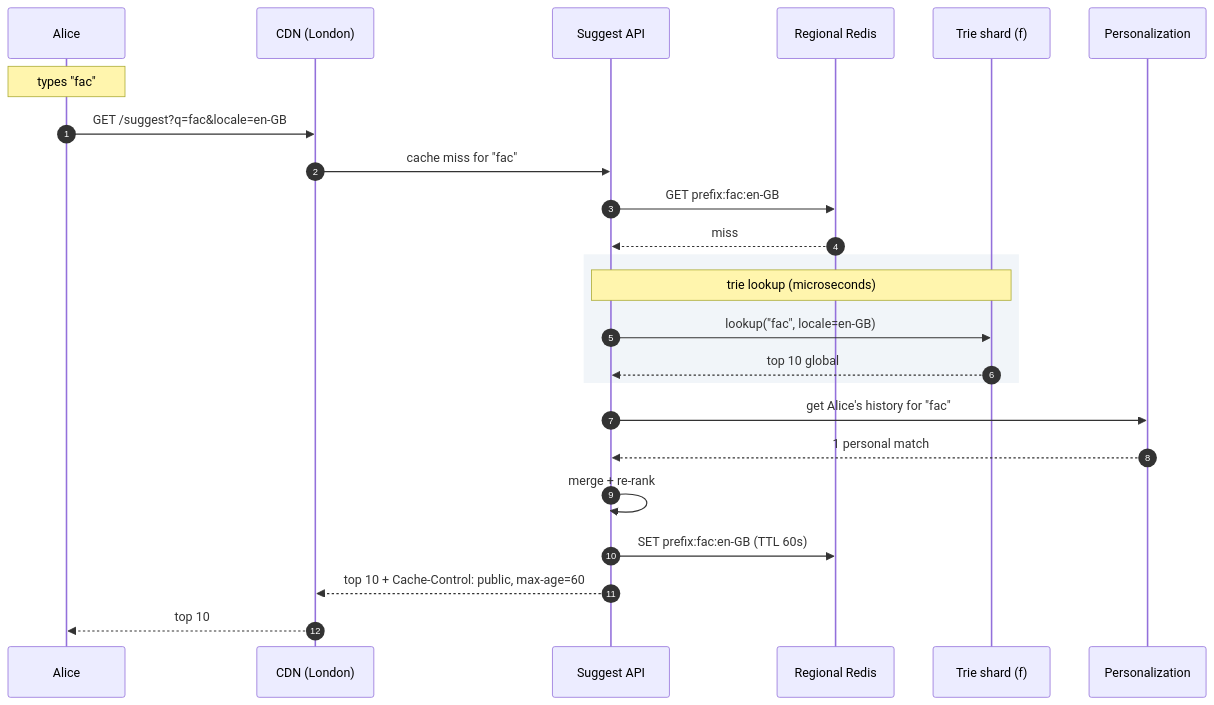
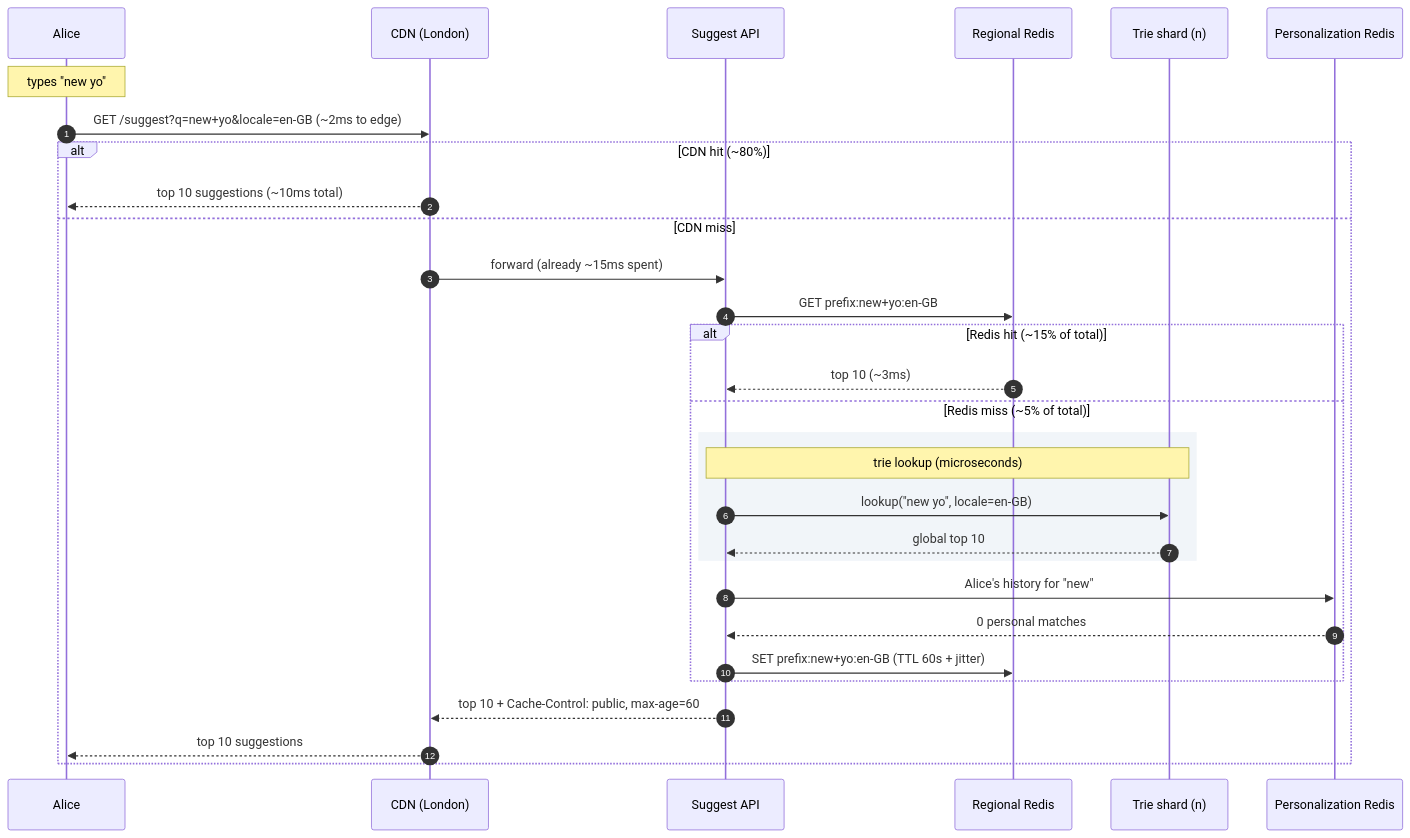
The second of 3 diagrams in problems/005-typeahead-autocomplete/solution.md (shiningflash/system-design), drawn with Mermaid before and after one commit. The commit also changed other lines of this file and 37 other files, not shown here.

````diff
--- a/problems/005-typeahead-autocomplete/solution.md
+++ b/problems/005-typeahead-autocomplete/solution.md
@@ -243,29 +245,33 @@
 ```mermaid
 sequenceDiagram
     autonumber
     participant Alice
     participant CDN as CDN (London)
     participant API as Suggest API
     participant R as Regional Redis
-    participant T as Trie shard (f)
-    participant P as Personalization
+    participant T as Trie shard (n)
+    participant P as Personalization Redis
 
-    Note over Alice: types "fac"
-    Alice->>CDN: GET /suggest?q=fac&locale=en-GB
-    CDN->>API: cache miss for "fac"
-    API->>R: GET prefix:fac:en-GB
-    R-->>API: miss
-
-    rect rgb(241, 245, 249)
-        Note over API,T: trie lookup (microseconds)
-        API->>T: lookup("fac", locale=en-GB)
-        T-->>API: top 10 global
+    Note over Alice: types "new yo"
+    Alice->>CDN: GET /suggest?q=new+yo&locale=en-GB (~2ms to edge)
+    alt CDN hit (~80%)
+        CDN-->>Alice: top 10 suggestions (~10ms total)
+    else CDN miss
+        CDN->>API: forward (already ~15ms spent)
+        API->>R: GET prefix:new+yo:en-GB
+        alt Redis hit (~15% of total)
+            R-->>API: top 10 (~3ms)
+        else Redis miss (~5% of total)
+            rect rgb(241, 245, 249)
+                Note over API,T: trie lookup (microseconds)
+                API->>T: lookup("new yo", locale=en-GB)
+                T-->>API: global top 10
+            end
+            API->>P: Alice's history for "new"
+            P-->>API: 0 personal matches
+            API->>R: SET prefix:new+yo:en-GB (TTL 60s + jitter)
+        end
+        API-->>CDN: top 10 + Cache-Control: public, max-age=60
+        CDN-->>Alice: top 10 suggestions
     end
-
-    API->>P: get Alice's history for "fac"
-    P-->>API: 1 personal match
-    API->>API: merge + re-rank
-    API->>R: SET prefix:fac:en-GB (TTL 60s)
-    API-->>CDN: top 10 + Cache-Control: public, max-age=60
-    CDN-->>Alice: top 10
 ```
````
